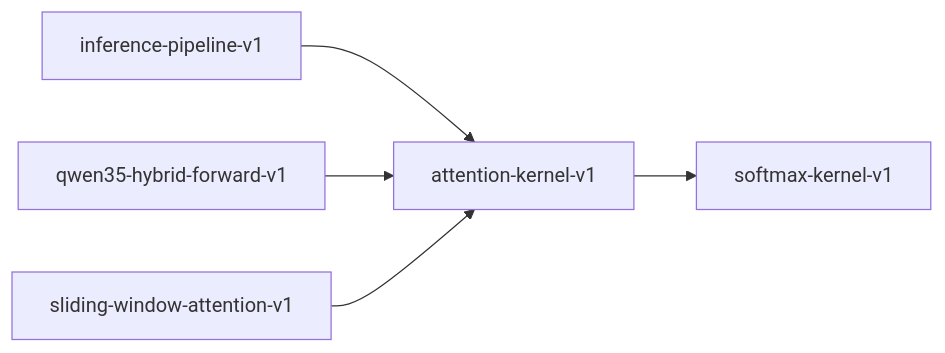
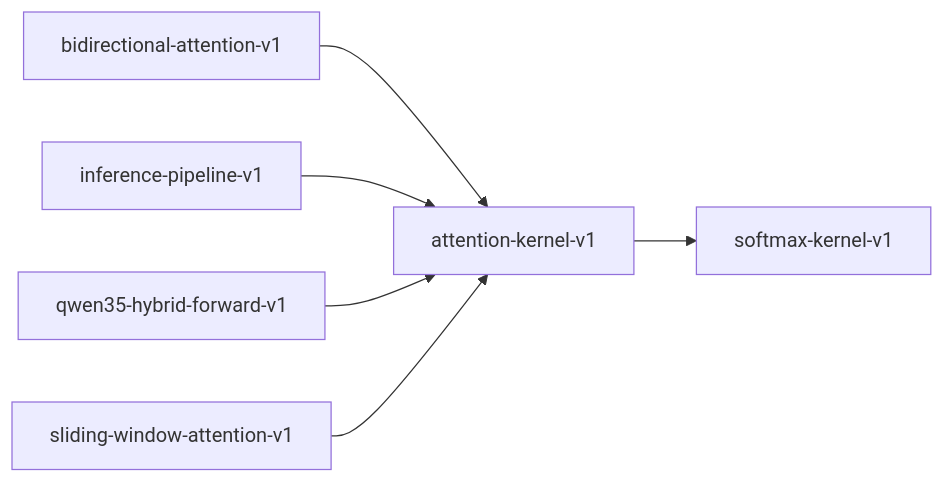
Before and after one commit to paiml/provable-contracts: the diagram in book/src/contracts/attention-kernel-v1.md, drawn with Mermaid. The commit also changed 76 other files, not shown here.

````diff
--- a/book/src/contracts/attention-kernel-v1.md
+++ b/book/src/contracts/attention-kernel-v1.md
@@ -17,7 +17,8 @@
 ```mermaid
 graph LR
     attention_kernel_v1["attention-kernel-v1"] --> softmax_kernel_v1["softmax-kernel-v1"]
+    bidirectional_attention_v1["bidirectional-attention-v1"] --> attention_kernel_v1["attention-kernel-v1"]
     inference_pipeline_v1["inference-pipeline-v1"] --> attention_kernel_v1["attention-kernel-v1"]
     qwen35_hybrid_forward_v1["qwen35-hybrid-forward-v1"] --> attention_kernel_v1["attention-kernel-v1"]
     sliding_window_attention_v1["sliding-window-attention-v1"] --> attention_kernel_v1["attention-kernel-v1"]
 ```
````
